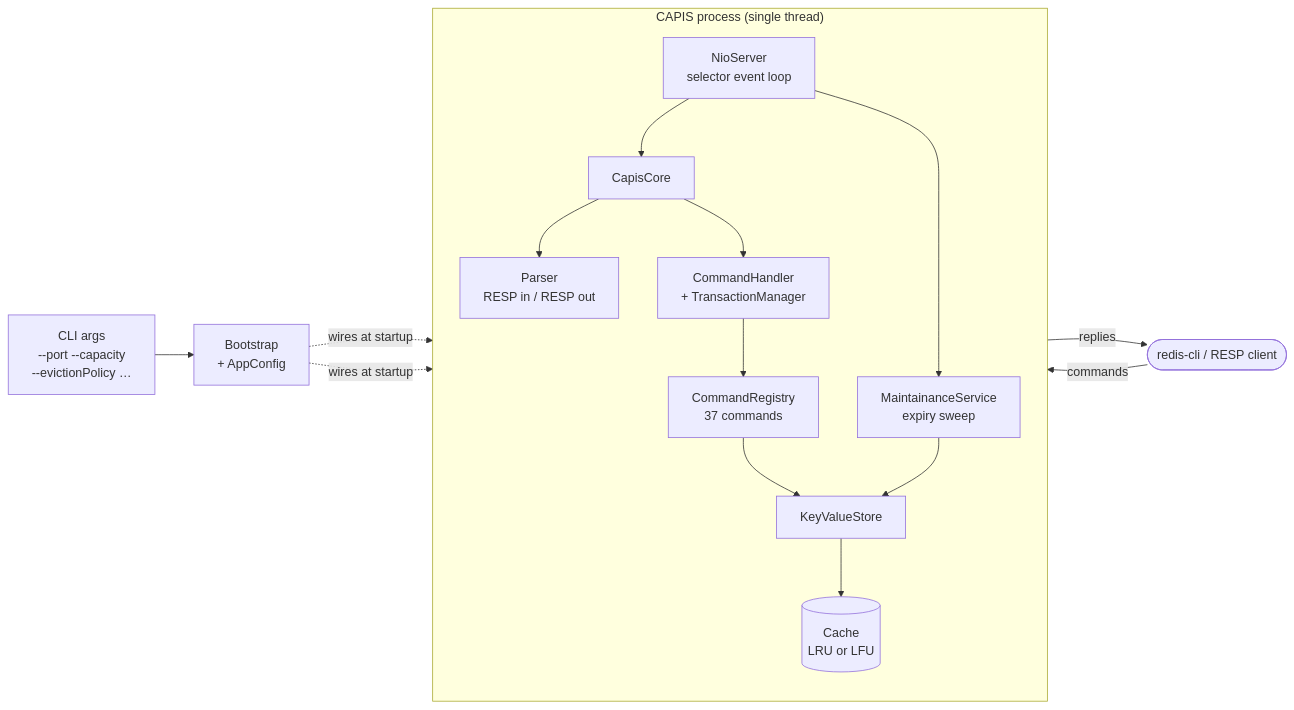
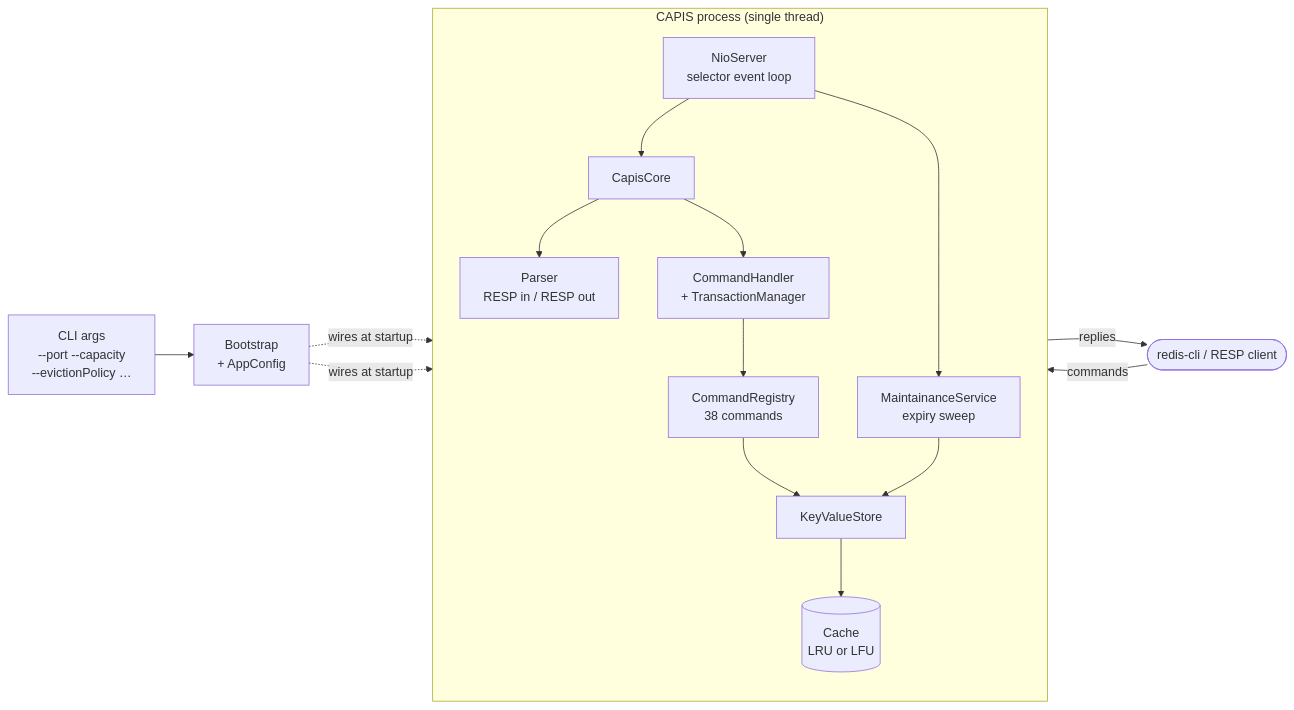
Before and after one commit to MrD0511/capis: the first of 2 diagrams in README.md, drawn with Mermaid. The commit also changed other lines of this file and 31 other files, not shown here.

````diff
--- a/README.md
+++ b/README.md
@@ -428,32 +444,32 @@
 ```mermaid
 flowchart LR
     Client([redis-cli / RESP client])
     CLI["CLI args<br/>--port --capacity<br/>--evictionPolicy …"]
 
     subgraph CAPIS["CAPIS process (single thread)"]
         direction TB
         Server["NioServer<br/>selector event loop"]
         Maint["MaintainanceService<br/>expiry sweep"]
         Parser["Parser<br/>RESP in / RESP out"]
         Core["CapisCore"]
         Handler["CommandHandler<br/>+ TransactionManager"]
-        Registry["CommandRegistry<br/>37 commands"]
+        Registry["CommandRegistry<br/>38 commands"]
         Store["KeyValueStore"]
         Cache[("Cache<br/>LRU or LFU")]
     end
 
     CLI --> Bootstrap["Bootstrap<br/>+ AppConfig"]
     Bootstrap -. wires at startup .-> Server
     Bootstrap -. wires at startup .-> Store
 
     Client -->|commands| Server
     Server --> Core
     Server --> Maint
     Maint --> Store
     Core --> Parser
     Core --> Handler
     Handler --> Registry
     Registry --> Store
     Store --> Cache
     Server -->|replies| Client
 ```
````
